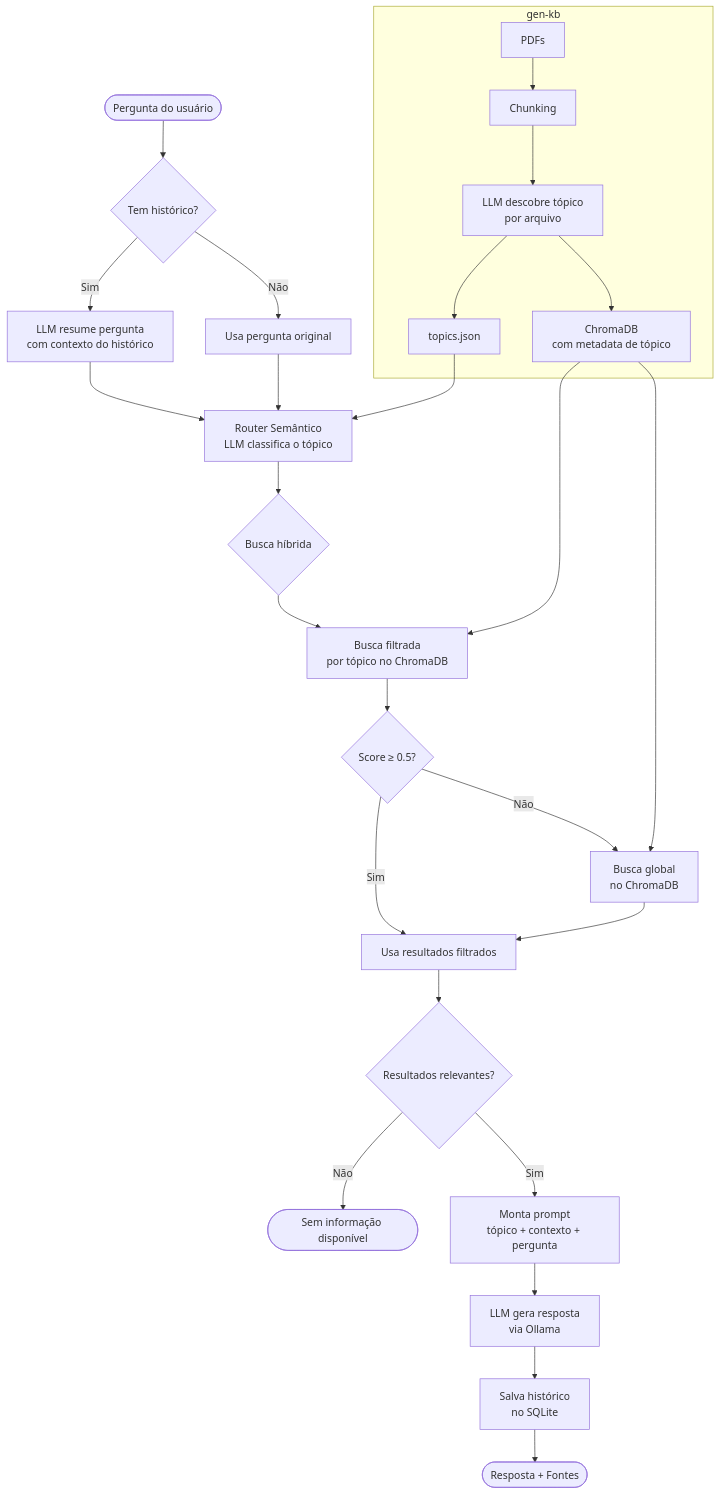
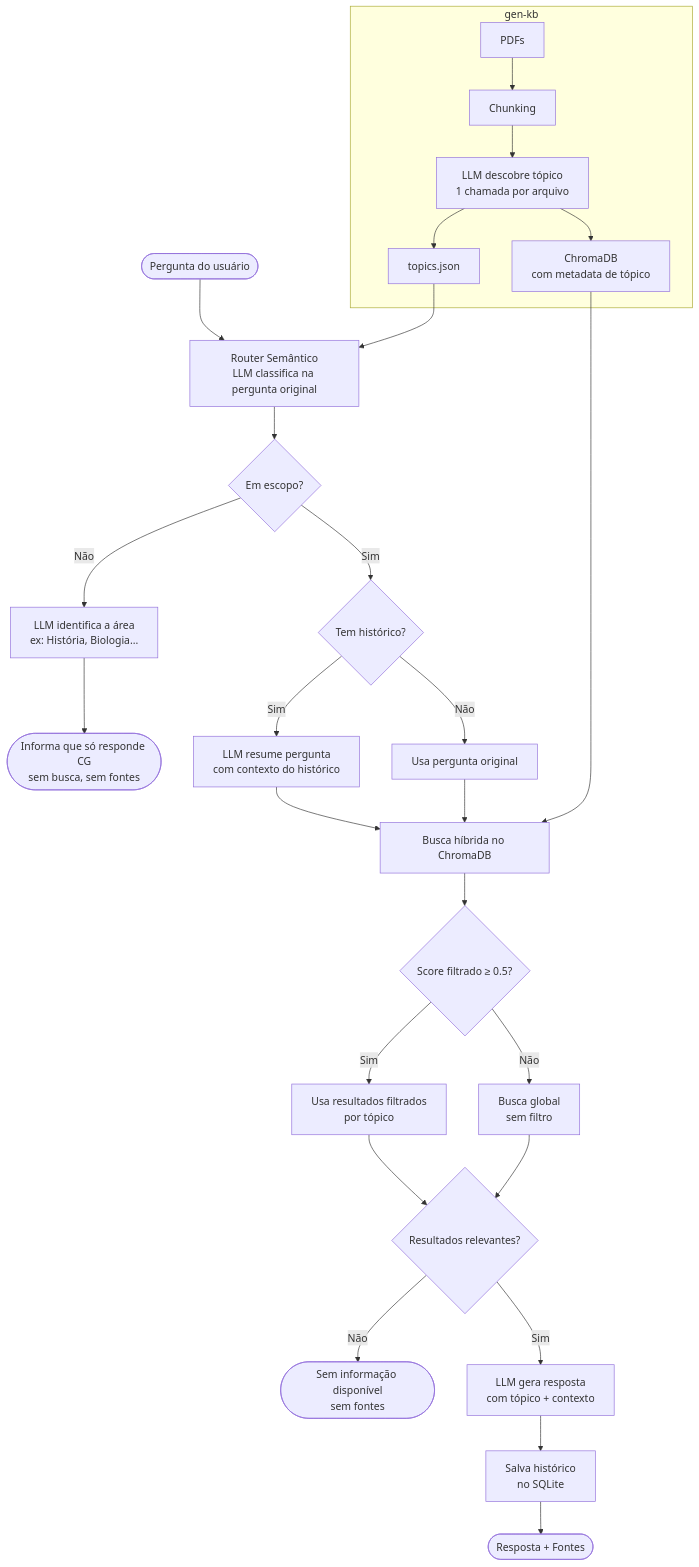
The diagram in README.md (Dowingows/Projeto-Chatbot-monitoriaCG-Victor-Cleyton), drawn with Mermaid before and after one commit. The commit also changed other lines of this file and 8 other files, not shown here.

````diff
--- a/README.md
+++ b/README.md
@@ -72,34 +72,37 @@
 ```mermaid
 flowchart TD
-    A([Pergunta do usuário]) --> B{Tem histórico?}
-    B -- Sim --> C[LLM resume pergunta\ncom contexto do histórico]
-    B -- Não --> D[Usa pergunta original]
-    C --> E
-    D --> E
+    A([Pergunta do usuário]) --> B
 
-    E[Router Semântico\nLLM classifica o tópico] --> F{Busca híbrida}
+    B[Router Semântico\nLLM classifica na pergunta original] --> C{Em escopo?}
 
-    F --> G[Busca filtrada\npor tópico no ChromaDB]
-    G --> H{Score ≥ 0.5?}
-    H -- Sim --> J[Usa resultados filtrados]
-    H -- Não --> I[Busca global\nno ChromaDB]
-    I --> J
+    C -- Não --> D[LLM identifica a área\nex: História, Biologia...]
+    D --> E([Informa que só responde CG\nsem busca, sem fontes])
 
-    J --> K{Resultados relevantes?}
-    K -- Não --> L([Sem informação disponível])
-    K -- Sim --> M[Monta prompt\ntópico + contexto + pergunta]
-    M --> N[LLM gera resposta\nvia Ollama]
-    N --> O[Salva histórico\nno SQLite]
-    O --> P([Resposta + Fontes])
+    C -- Sim --> F{Tem histórico?}
+    F -- Sim --> G[LLM resume pergunta\ncom contexto do histórico]
+    F -- Não --> H[Usa pergunta original]
+    G --> I
+    H --> I
+
+    I[Busca híbrida no ChromaDB] --> J{Score filtrado ≥ 0.5?}
+    J -- Sim --> K[Usa resultados filtrados\npor tópico]
+    J -- Não --> L[Busca global\nsem filtro]
+    K --> M
+    L --> M
+
+    M{Resultados relevantes?}
+    M -- Não --> N([Sem informação disponível\nsem fontes])
+    M -- Sim --> O[LLM gera resposta\ncom tópico + contexto]
+    O --> P[Salva histórico\nno SQLite]
+    P --> Q([Resposta + Fontes])
 
     subgraph gen-kb
-        Q[PDFs] --> R[Chunking]
-        R --> S[LLM descobre tópico\npor arquivo]
-        S --> T[ChromaDB\ncom metadata de tópico]
-        S --> U[topics.json]
+        R[PDFs] --> S[Chunking]
+        S --> T[LLM descobre tópico\n1 chamada por arquivo]
+        T --> U[ChromaDB\ncom metadata de tópico]
+        T --> V[topics.json]
     end
 
-    T --> G
-    T --> I
-    U --> E
+    U --> I
+    V --> B
 ```
````
